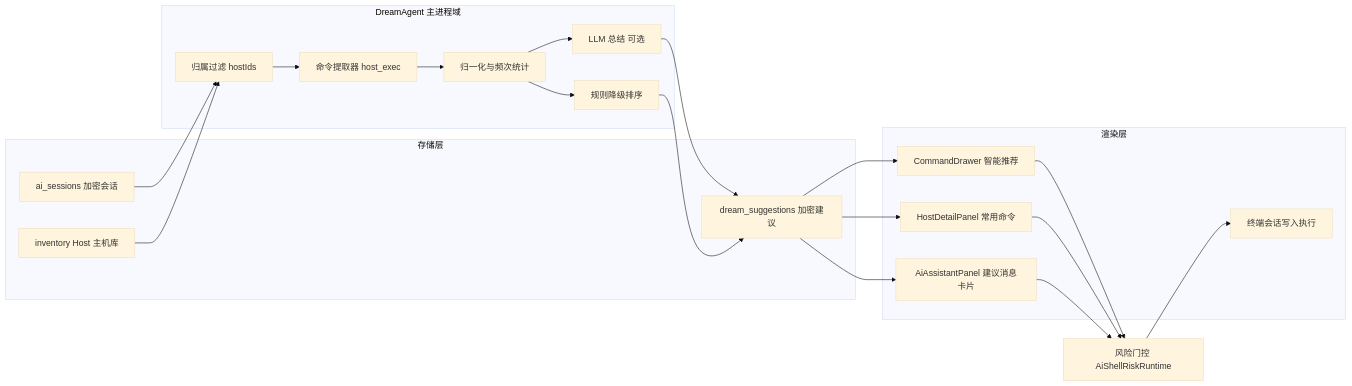
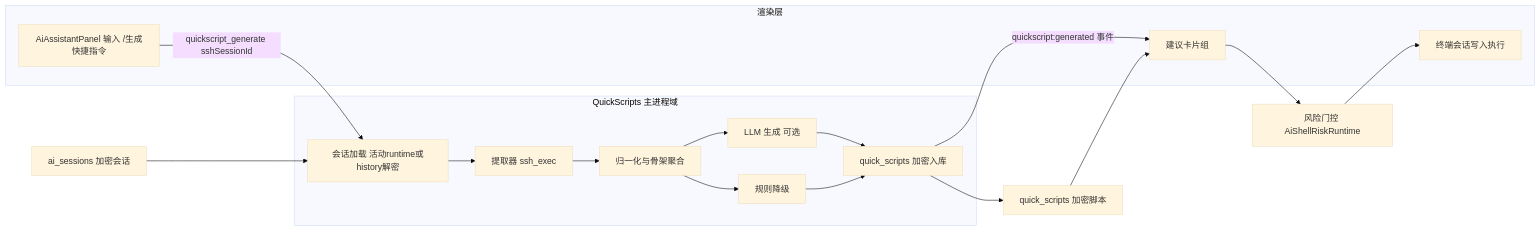
The first of 2 diagrams in docs/prd/2026-08-17-buzz-quick-scripts.md (foooag/Buzz), drawn with Mermaid (base theme) before and after one commit. The commit also changed other lines of this file and 23 other files, not shown here.

Commit message:
refactor: implement Quick Scripts feature in AI assistant, enabling users to generate and execute scripts from current sessions; update UI components and enhance session management

````diff
--- a/docs/prd/2026-08-17-buzz-quick-scripts.md
+++ b/docs/prd/2026-08-17-buzz-quick-scripts.md
@@ -111,34 +107,29 @@
 ```mermaid
 flowchart LR
-    subgraph 存储层
-        A["ai_sessions 加密会话"]
-        B["inventory Host 主机库"]
-        C["dream_suggestions 加密建议"]
-    end
-    subgraph DreamAgent 主进程域
-        D["归属过滤 hostIds"]
-        E["命令提取器 host_exec"]
-        F["归一化与频次统计"]
-        G["LLM 总结 可选"]
-        H["规则降级排序"]
-    end
-    I["风险门控 AiShellRiskRuntime"]
     subgraph 渲染层
-        J["CommandDrawer 智能推荐"]
-        K["HostDetailPanel 常用命令"]
-        M2["AiAssistantPanel 建议消息卡片"]
+        A["AiAssistantPanel 输入 /生成快捷指令"]
+        M2["建议卡片组"]
         L["终端会话写入执行"]
     end
+    subgraph QuickScripts 主进程域
+        B["会话加载 活动runtime或history解密"]
+        C["提取器 ssh_exec"]
+        D["归一化与骨架聚合"]
+        E["LLM 生成 可选"]
+        F["规则降级"]
+        G["quick_scripts 加密入库"]
+    end
+    H["风险门控 AiShellRiskRuntime"]
+    I["ai_sessions 加密会话"]
+    J["quick_scripts 加密脚本"]
 
-    A --> D
-    B --> D
-    D --> E --> F --> G --> C
-    F --> H --> C
-    C --> J
-    C --> K
-    C --> M2
-    J --> I
-    K --> I
-    M2 --> I
-    I --> L
+    A -->|"quickscript_generate sshSessionId"| B
+    I --> B
+    B --> C --> D --> E --> G
+    D --> F --> G
+    G --> J
+    G -->|"quickscript:generated 事件"| M2
+    J --> M2
+    M2 --> H
+    H --> L
 ```
````
